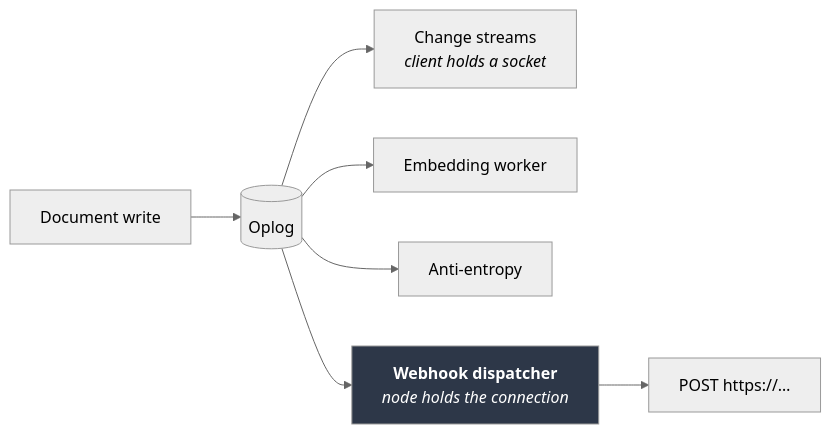
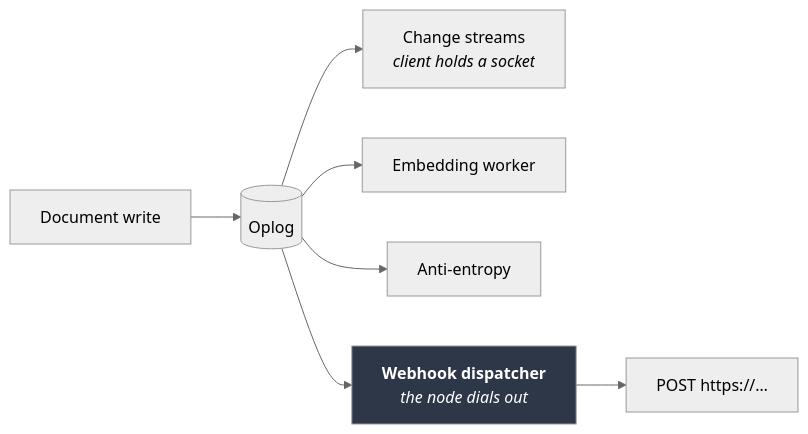
One commit to titusai-io/kimmydb changed the fourth of 4 diagrams in docs/roadmap.md. Above: the diagram before and after it, drawn with Mermaid (neutral theme). The commit also changed other lines of this file, not shown here.

````diff
--- a/docs/roadmap.md
+++ b/docs/roadmap.md
@@ -351,11 +347,11 @@
 ```mermaid
 graph LR
     W["Document write"] --> O[("Oplog")]
     O --> C1["Change streams<br/><i>client holds a socket</i>"]
     O --> C2["Embedding worker"]
     O --> C3["Anti-entropy"]
-    O --> C4["<b>Webhook dispatcher</b><br/><i>node holds the connection</i>"]
+    O --> C4["<b>Webhook dispatcher</b><br/><i>the node dials out</i>"]
     C4 --> H1["POST https://…"]
 
     style C4 fill:#2d3748,color:#fff
 ```
````
